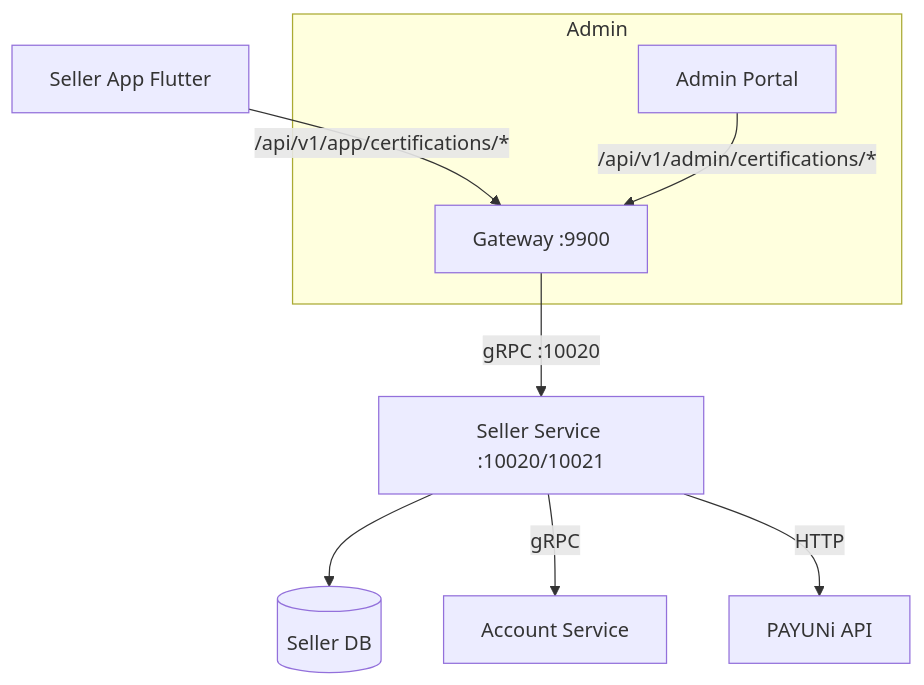
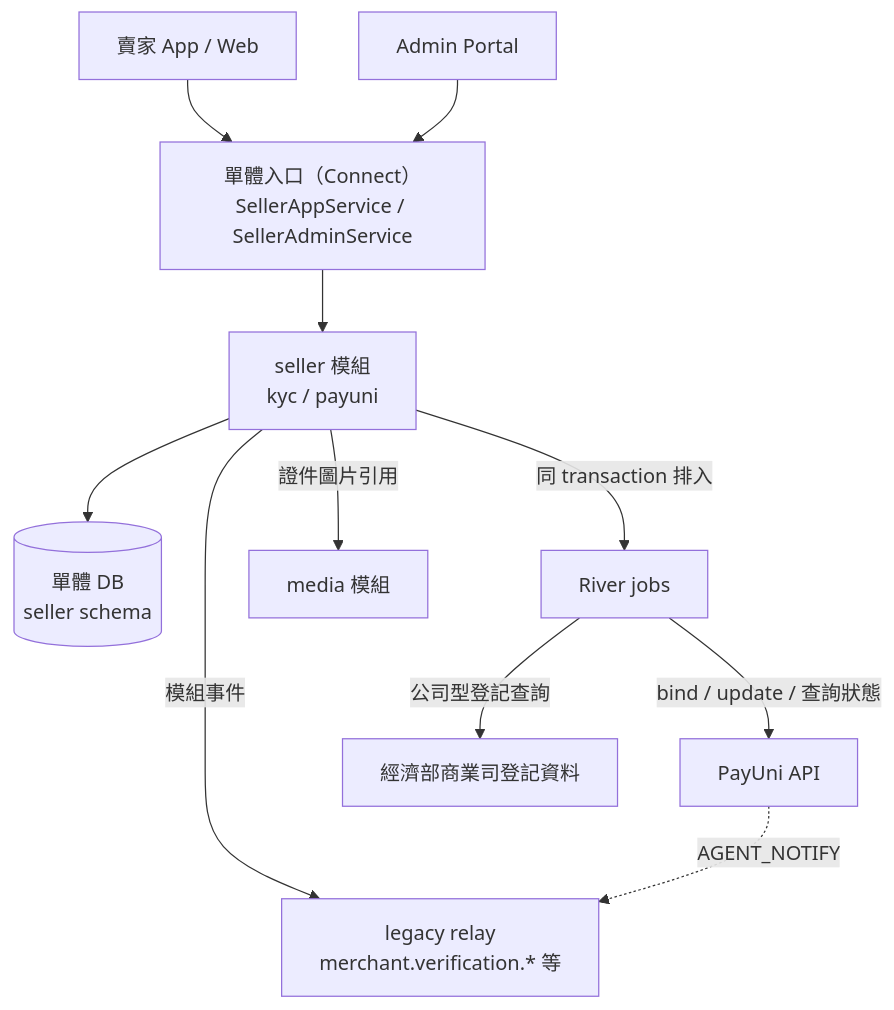
The first of 3 diagrams in backend/docs/詳細設計書/18-賣家實名認證（Merchant Certification）詳細設計書.md (Will413028/hawkr), drawn with Mermaid before and after one commit. The commit also changed other lines of this file, not shown here.

Commit message:
docs(backend): 設計書 18 刪掉只對 seller-service 成立的內容，賣家部分改寫成單體現況

````diff
--- a/backend/docs/詳細設計書/18-賣家實名認證（Merchant Certification）詳細設計書.md
+++ b/backend/docs/詳細設計書/18-賣家實名認證（Merchant Certification）詳細設計書.md
@@ -65,20 +22,24 @@
 ```mermaid
 graph TD
-    APP[Seller App Flutter]
-    GW[Gateway :9900]
-    MS[Seller Service :10020/10021]
-    AS[Account Service]
-    DB[(Seller DB)]
-    PAYUNI[PAYUNi API]
+    APP[賣家 App / Web]
+    ADMIN[Admin Portal]
+    MONO["單體入口（Connect）<br/>SellerAppService / SellerAdminService"]
+    SELLER["seller 模組<br/>kyc / payuni"]
+    DB[("單體 DB<br/>seller schema")]
+    RIVER[River jobs]
+    PAYUNI[PayUni API]
+    GCIS[經濟部商業司登記資料]
+    MEDIA[media 模組]
+    RELAY["legacy relay<br/>merchant.verification.* 等"]
 
-    APP -->|/api/v1/app/certifications/*| GW
-    GW -->|gRPC :10020| MS
-    MS --> DB
-    MS -->|gRPC| AS
-    MS -->|HTTP| PAYUNI
-
-    subgraph Admin
-        ADMIN[Admin Portal]
-        ADMIN -->|/api/v1/admin/certifications/*| GW
-    end
+    APP --> MONO
+    ADMIN --> MONO
+    MONO --> SELLER
+    SELLER --> DB
+    SELLER -->|同 transaction 排入| RIVER
+    RIVER -->|bind / update / 查詢狀態| PAYUNI
+    RIVER -->|公司型登記查詢| GCIS
+    SELLER -->|證件圖片引用| MEDIA
+    SELLER -->|模組事件| RELAY
+    PAYUNI -.->|AGENT_NOTIFY| RELAY
 ```
````
